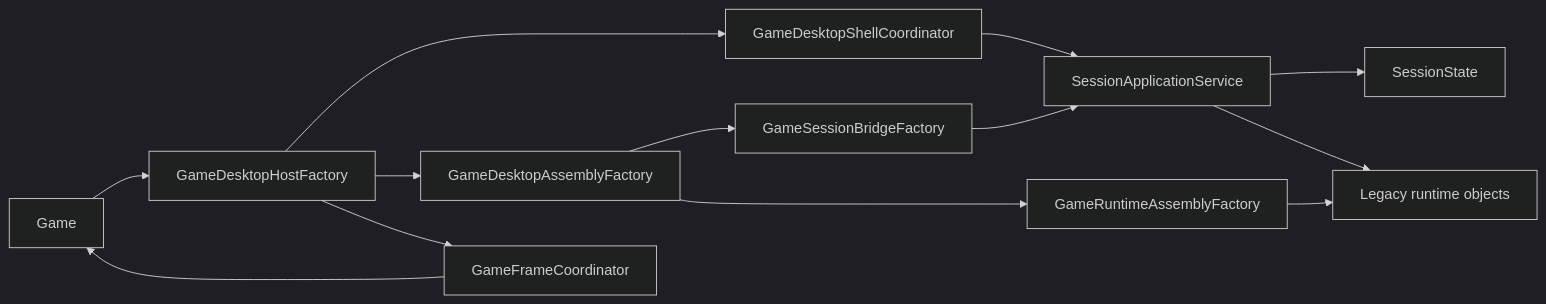
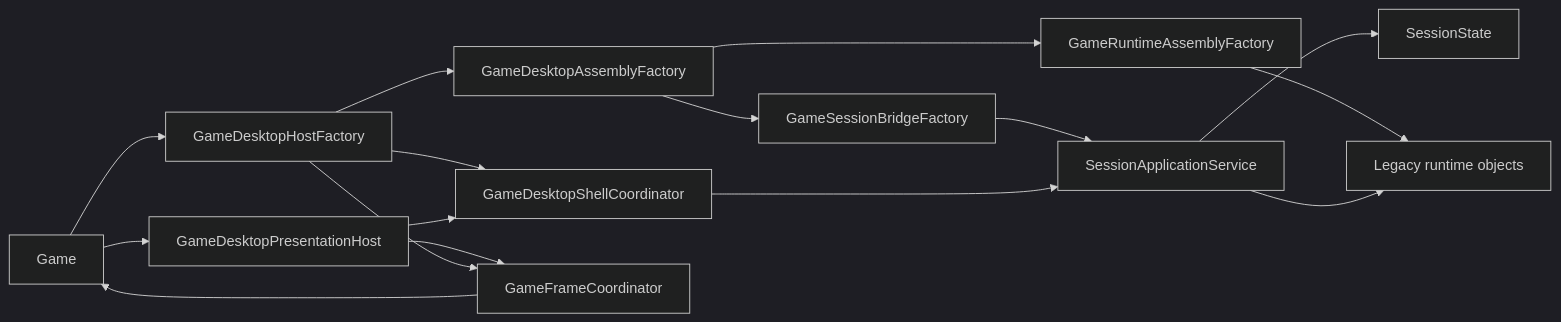
One commit to Jukkakot/MonopolyApp changed the third of 6 diagrams in docs/architecture-overview-diagrams.md. Above: the diagram before and after it, drawn with Mermaid (dark theme). The commit also changed other lines of this file and 3 other files, not shown here.

Commit message:
Extract desktop presentation host from Game

````diff
--- a/docs/architecture-overview-diagrams.md
+++ b/docs/architecture-overview-diagrams.md
@@ -173,26 +173,30 @@
 ```mermaid
 flowchart LR
     GAME[Game]
     HOSTFACTORY[GameDesktopHostFactory]
     SHELL[GameDesktopShellCoordinator]
     ASSEMBLY[GameDesktopAssemblyFactory]
+    PRESENTATION[GameDesktopPresentationHost]
     SESSIONBRIDGE[GameSessionBridgeFactory]
     RUNTIME[GameRuntimeAssemblyFactory]
     FRAME[GameFrameCoordinator]
     APP[SessionApplicationService]
     STATE[SessionState]
     LEGACY[Legacy runtime objects]
 
     GAME --> HOSTFACTORY
     HOSTFACTORY --> SHELL
     HOSTFACTORY --> ASSEMBLY
+    GAME --> PRESENTATION
+    PRESENTATION --> SHELL
+    PRESENTATION --> FRAME
     ASSEMBLY --> SESSIONBRIDGE
     ASSEMBLY --> RUNTIME
     HOSTFACTORY --> FRAME
     SESSIONBRIDGE --> APP
     SHELL --> APP
     APP --> STATE
     RUNTIME --> LEGACY
     APP --> LEGACY
     FRAME --> GAME
 ```
````
